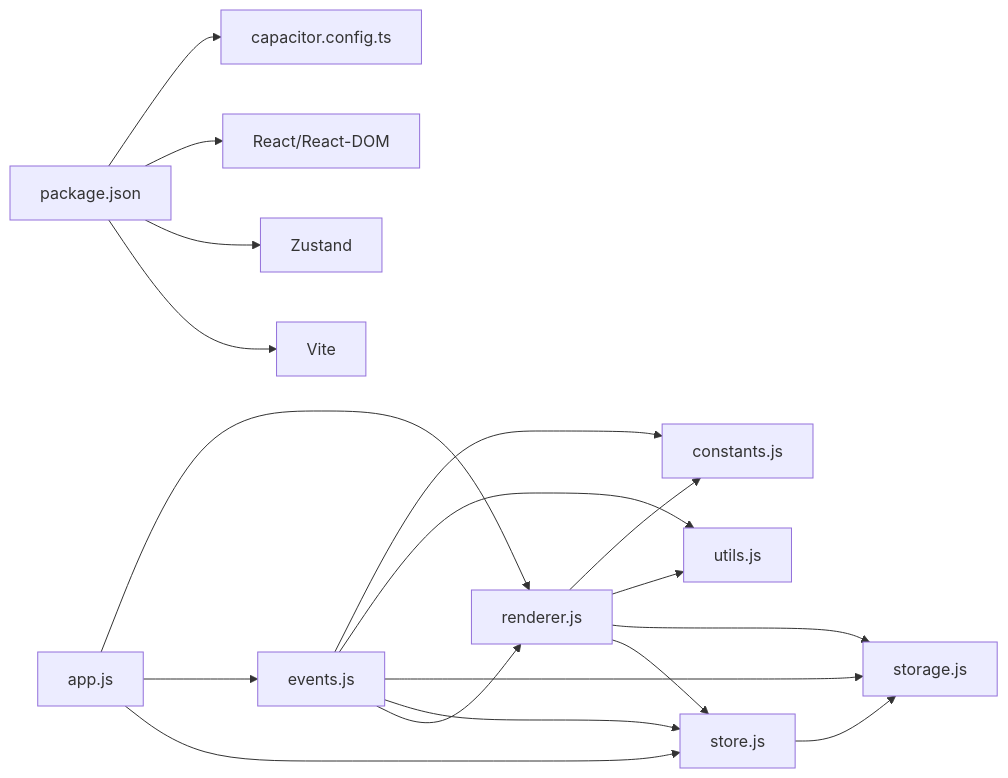
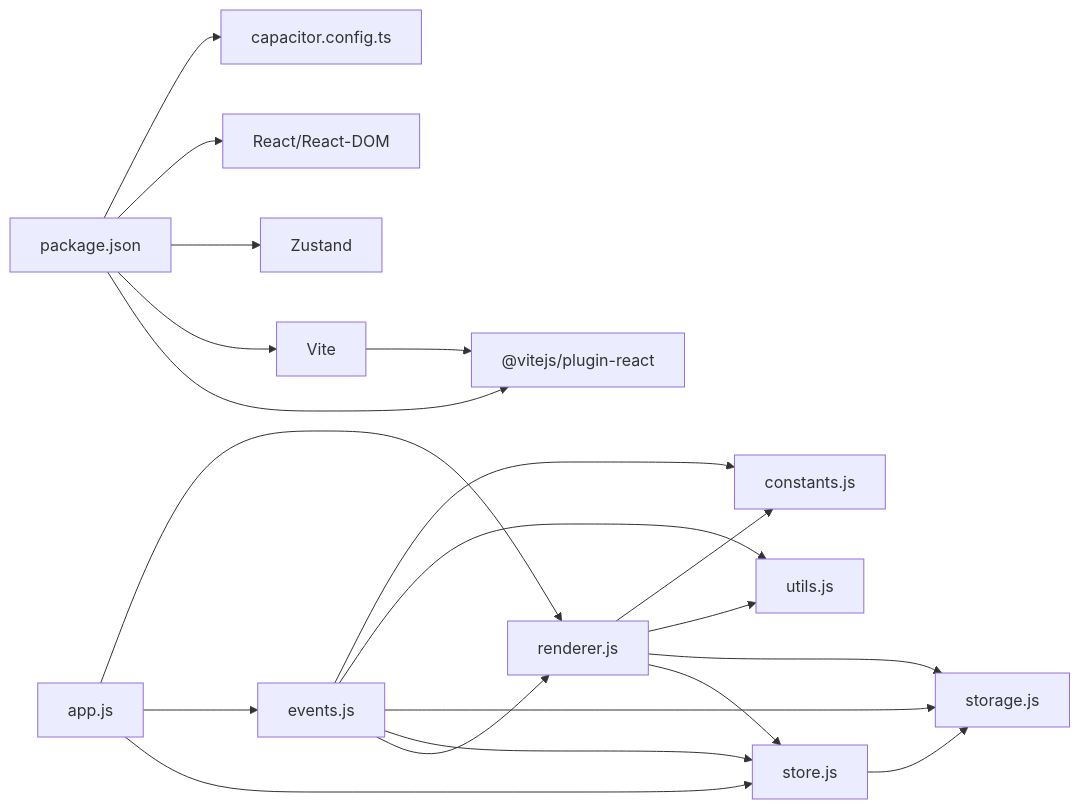
Before and after one commit to KAGUYA284/anima-list: the seventh of 7 diagrams in .qoder/repowiki/zh/content/技术架构/前端架构.md, drawn with Mermaid. The commit also changed other lines of this file and 17 other files, not shown here.

````diff
--- a/.qoder/repowiki/zh/content/技术架构/前端架构.md
+++ b/.qoder/repowiki/zh/content/技术架构/前端架构.md
@@ -318,20 +406,22 @@
 ```mermaid
 graph LR
 P["package.json"] --> C["capacitor.config.ts"]
 P --> R["React/React-DOM"]
 P --> Z["Zustand"]
 P --> V["Vite"]
+P --> VR["@vitejs/plugin-react"]
 A["app.js"] --> RND["renderer.js"]
 A --> EVT["events.js"]
 A --> ST["store.js"]
 RND --> CONS["constants.js"]
 RND --> UTIL["utils.js"]
 RND --> STRG["storage.js"]
 RND --> ST
 EVT --> CONS
 EVT --> UTIL
 EVT --> STRG
 EVT --> ST
 EVT --> RND
 ST --> STRG
+V --> VR
 ```
````
